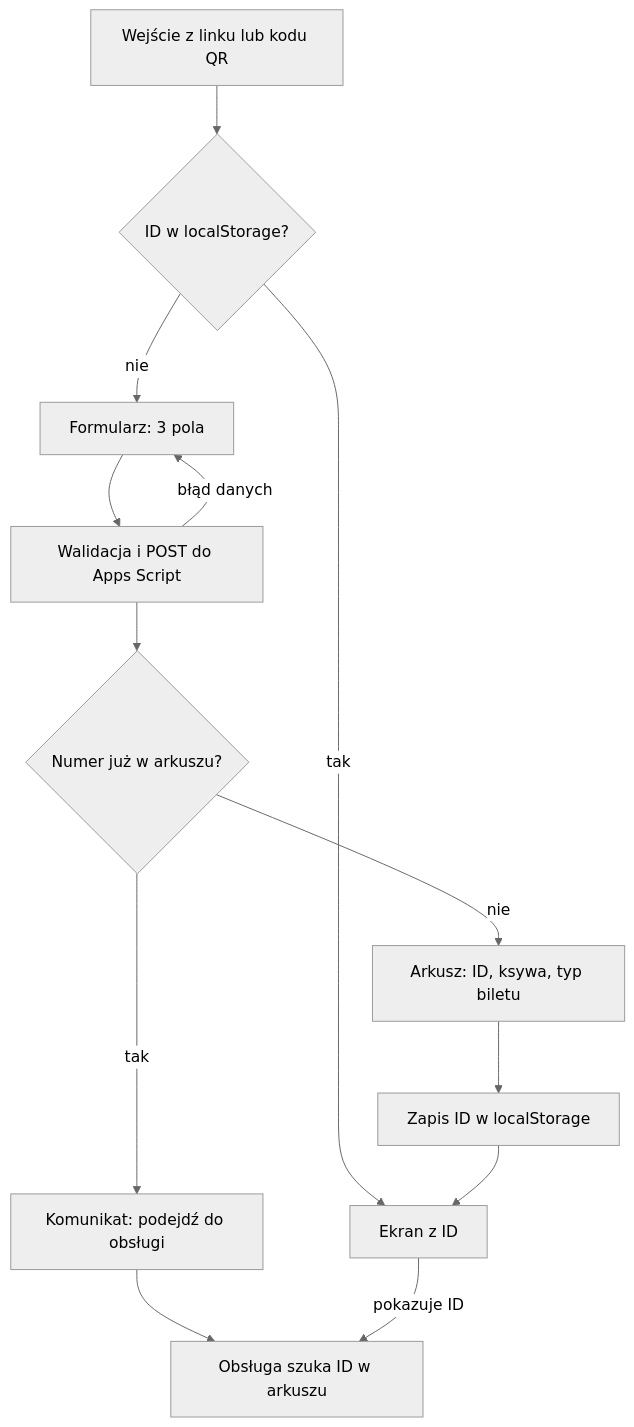
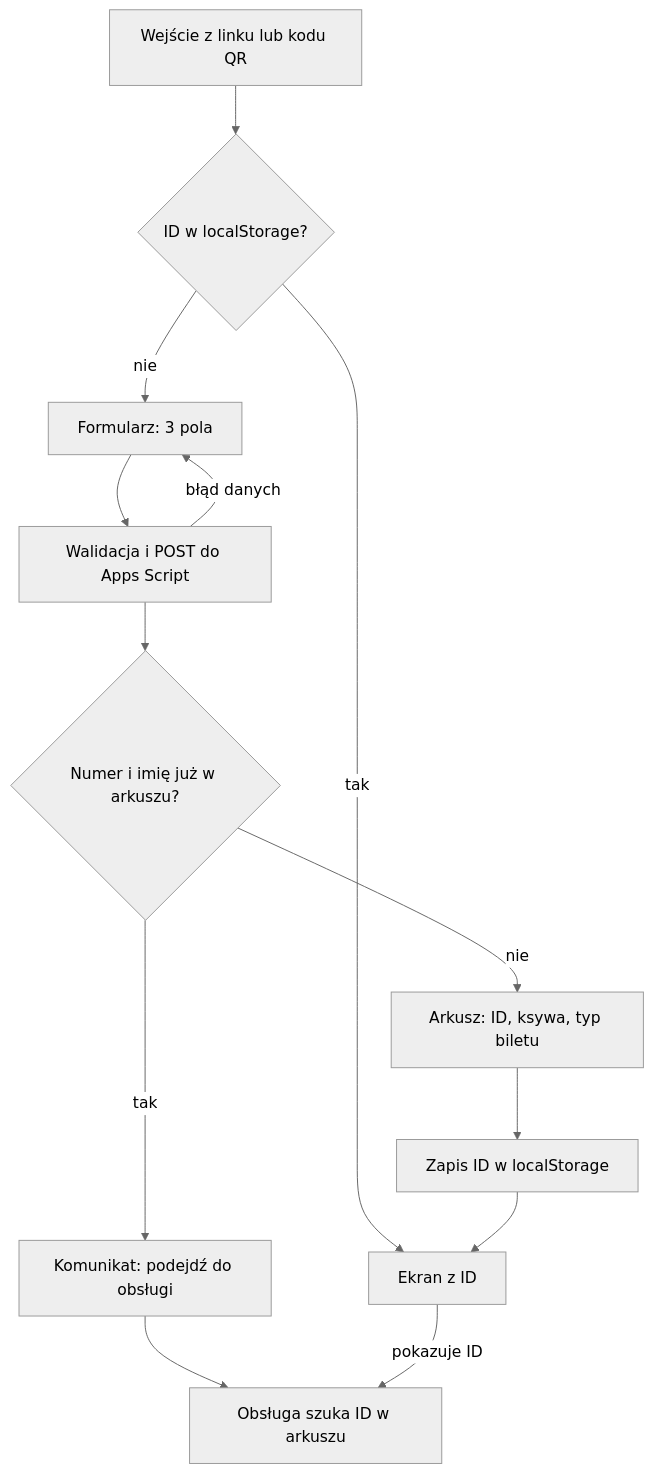
The diagram in SPEC.md (WojciechMankowski/epicroll), drawn with Mermaid (neutral theme) before and after one commit. The commit also changed other lines of this file and 2 other files, not shown here.

First line of the commit message:
Kilka osób na jedno zamówienie, kolumna Status, numer 4–12 cyfr

````diff
--- a/SPEC.md
+++ b/SPEC.md
@@ -18,15 +18,15 @@
 ```mermaid
 flowchart TD
     A[Wejście z linku lub kodu QR] --> B{ID w localStorage?}
     B -- tak --> I[Ekran z ID]
     B -- nie --> C[Formularz: 3 pola]
     C --> D[Walidacja i POST do Apps Script]
     D -- błąd danych --> C
-    D --> E{Numer już w arkuszu?}
+    D --> E{Numer i imię już w arkuszu?}
     E -- tak --> F[Komunikat: podejdź do obsługi]
     F --> J[Obsługa szuka ID w arkuszu]
     E -- nie --> G[Arkusz: ID, ksywa, typ biletu]
     G --> H[Zapis ID w localStorage]
     H --> I
     I -- pokazuje ID --> J
 ```
````
